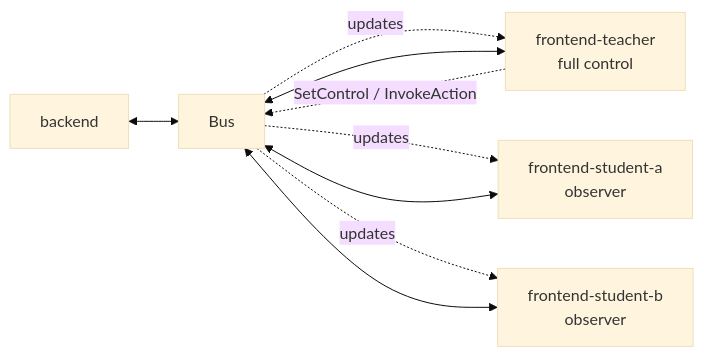
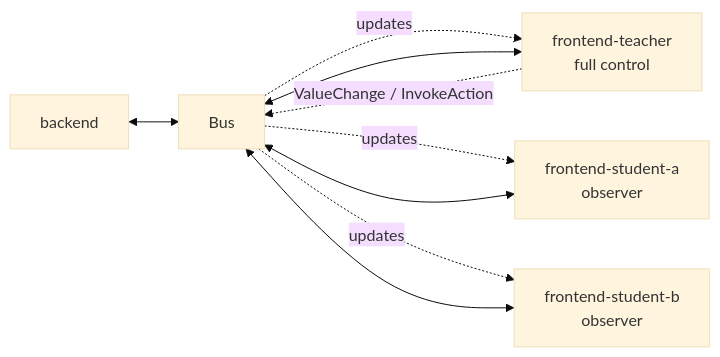
The eighth of 10 diagrams in architecture/design/host-channel-bus-transport.md (orrenravid1/CompNeuroVis), drawn with Mermaid (base theme) before and after one commit. The commit also changed other lines of this file and 66 other files, not shown here.

````diff
--- a/architecture/design/host-channel-bus-transport.md
+++ b/architecture/design/host-channel-bus-transport.md
@@ -271,18 +270,18 @@
 ```mermaid
 flowchart LR
     Backend["backend"]
     Bus["Bus"]
     Teacher["frontend-teacher<br/>full control"]
     StudentA["frontend-student-a<br/>observer"]
     StudentB["frontend-student-b<br/>observer"]
 
     Backend <--> Bus
     Teacher <--> Bus
     StudentA <--> Bus
     StudentB <--> Bus
 
     Bus -. "updates" .-> Teacher
     Bus -. "updates" .-> StudentA
     Bus -. "updates" .-> StudentB
-    Teacher -. "SetControl / InvokeAction" .-> Bus
+    Teacher -. "ValueChange / InvokeAction" .-> Bus
 ```
````
